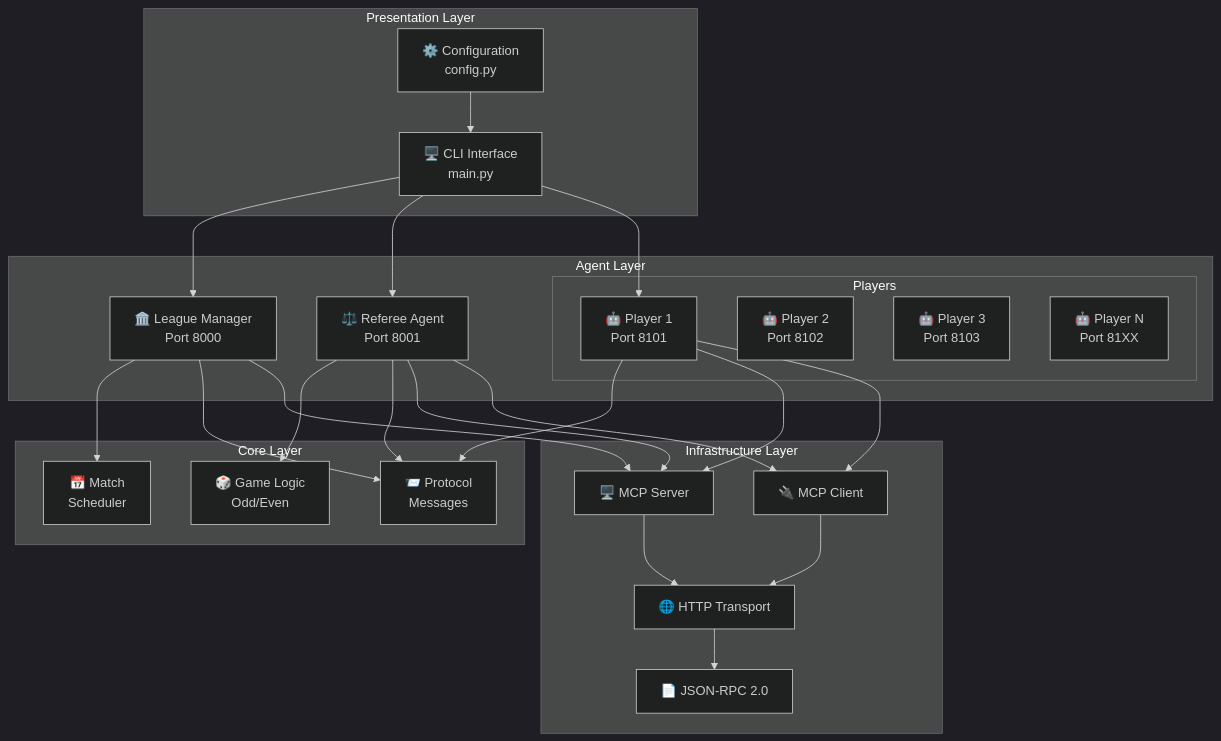
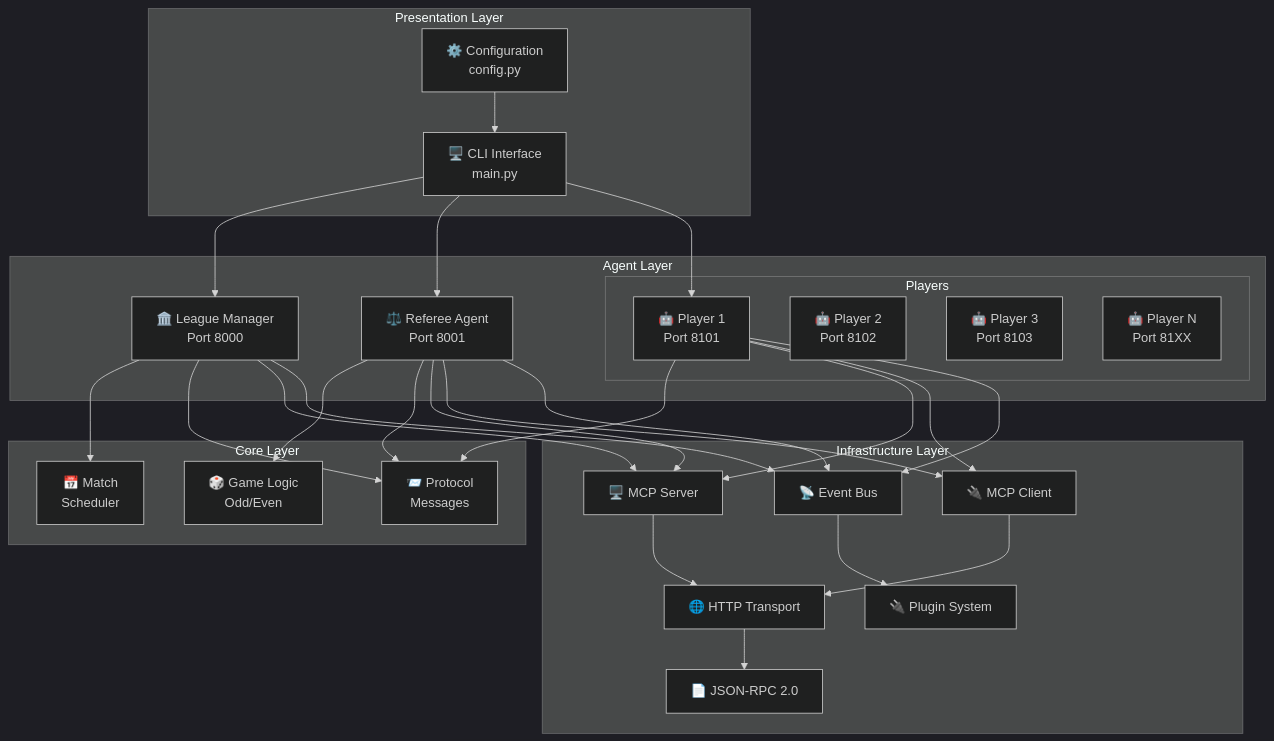
One commit to fouada/Assignment7_mcp-multi-agent-game changed the sixth of 47 diagrams in docs/ARCHITECTURE.md. Above: the diagram before and after it, drawn with Mermaid (dark theme). The commit also changed other lines of this file and 2 other files, not shown here.

Commit message:
handle plugin and tests

````diff
--- a/docs/ARCHITECTURE.md
+++ b/docs/ARCHITECTURE.md
@@ -237,53 +238,60 @@
 ```mermaid
 graph TB
     subgraph "Presentation Layer"
         CLI[🖥️ CLI Interface<br/>main.py]
         CONFIG[⚙️ Configuration<br/>config.py]
     end
     
     subgraph "Agent Layer"
         LM[🏛️ League Manager<br/>Port 8000]
         REF[⚖️ Referee Agent<br/>Port 8001]
         
         subgraph "Players"
             P1[🤖 Player 1<br/>Port 8101]
             P2[🤖 Player 2<br/>Port 8102]
             P3[🤖 Player 3<br/>Port 8103]
             P4[🤖 Player N<br/>Port 81XX]
         end
     end
     
     subgraph "Core Layer"
         PROTO[📨 Protocol<br/>Messages]
         GAME[🎲 Game Logic<br/>Odd/Even]
         MATCH[📅 Match<br/>Scheduler]
     end
     
     subgraph "Infrastructure Layer"
         SERVER[🖥️ MCP Server]
         CLIENT[🔌 MCP Client]
         TRANSPORT[🌐 HTTP Transport]
         JSONRPC[📄 JSON-RPC 2.0]
+        PLUGINS[🔌 Plugin System]
+        EVENTS[📡 Event Bus]
     end
     
     CLI --> LM
     CLI --> REF
     CLI --> P1
     CONFIG --> CLI
     
     LM --> MATCH
     LM --> PROTO
     REF --> GAME
     REF --> PROTO
     P1 --> PROTO
     
     LM --> SERVER
     REF --> SERVER
     REF --> CLIENT
     P1 --> SERVER
     P1 --> CLIENT
     
     SERVER --> TRANSPORT
     CLIENT --> TRANSPORT
     TRANSPORT --> JSONRPC
+    
+    LM --> EVENTS
+    REF --> EVENTS
+    P1 --> EVENTS
+    EVENTS --> PLUGINS
 ```
````
